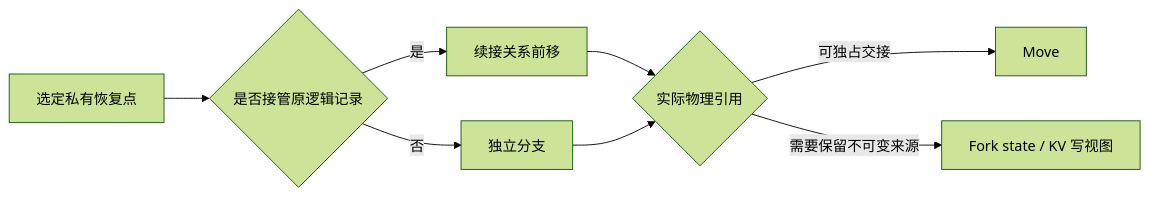
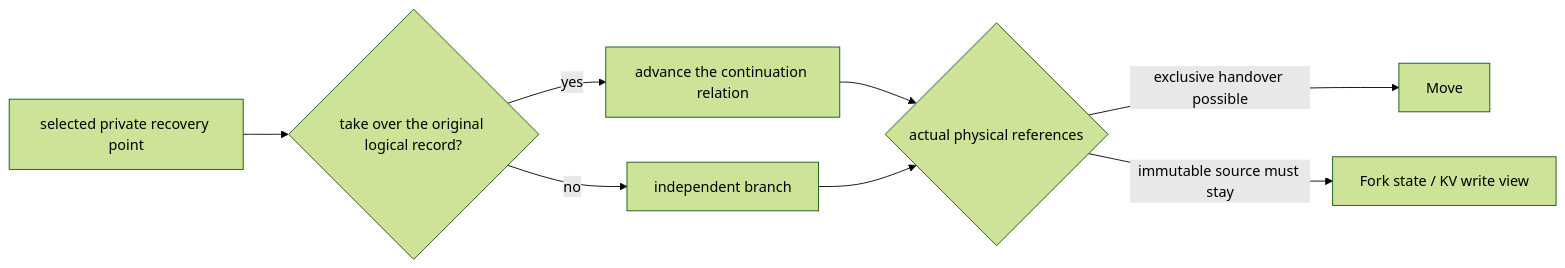
Before and after one commit to baristahaus/ninfer-gb10: the second of 2 diagrams in docs/maintainer/resource-scheduling-and-context-cache.md, drawn with Mermaid (forest theme). The commit also changed other lines of this file and 31 other files, not shown here.

````diff
--- a/docs/maintainer/resource-scheduling-and-context-cache.md
+++ b/docs/maintainer/resource-scheduling-and-context-cache.md
@@ -222,10 +296,10 @@
 ```mermaid
 flowchart LR
-    H[选定私有恢复点] --> O{是否接管原逻辑记录}
-    O -->|是| C[续接关系前移]
-    O -->|否| B[独立分支]
-    C --> P{实际物理引用}
+    H[selected private recovery point] --> O{take over the original logical record?}
+    O -->|yes| C[advance the continuation relation]
+    O -->|no| B[independent branch]
+    C --> P{actual physical references}
     B --> P
-    P -->|可独占交接| M[Move]
-    P -->|需要保留不可变来源| F[Fork state / KV 写视图]
+    P -->|exclusive handover possible| M[Move]
+    P -->|immutable source must stay| F[Fork state / KV write view]
 ```
````
